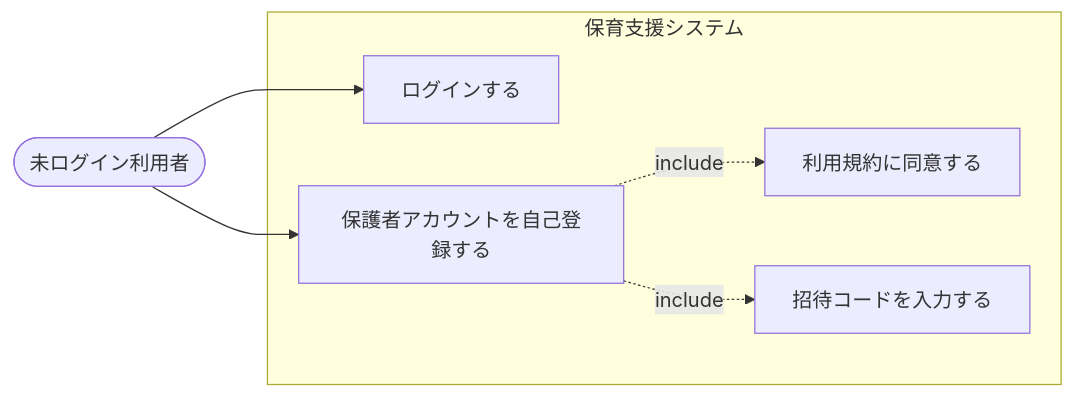
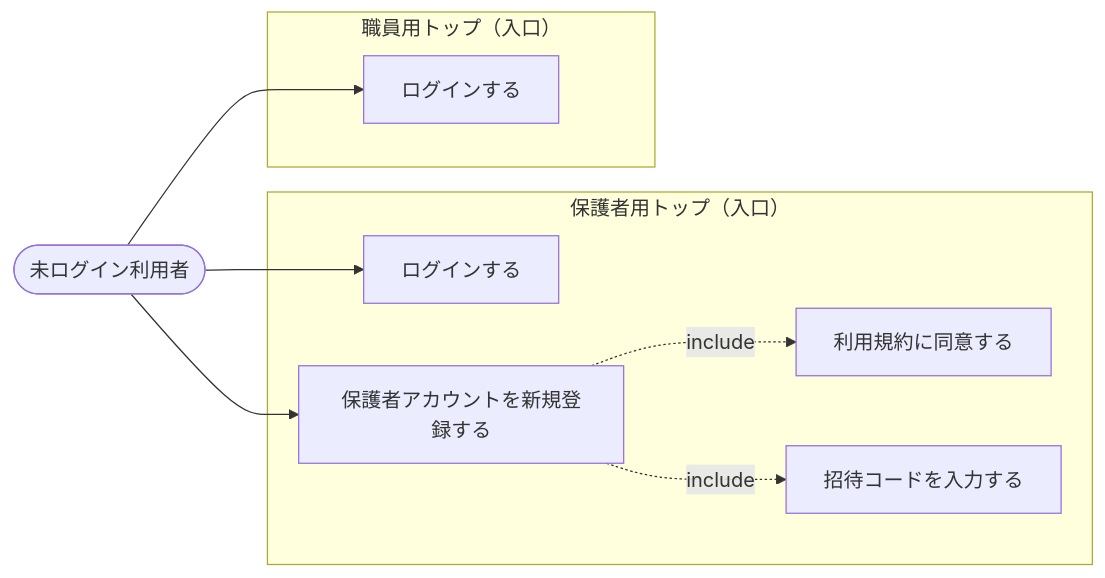
The second of 5 diagrams in 図/ユースケース図.md (issei0423/sukusuku_system), drawn with Mermaid before and after one commit. The commit also changed other lines of this file and 5 other files, not shown here.

````diff
--- a/図/ユースケース図.md
+++ b/図/ユースケース図.md
@@ -81,16 +84,21 @@
 ```mermaid
 flowchart LR
     ANON(["未ログイン利用者"])
 
-    subgraph SYS["保育支援システム"]
+    subgraph P["保護者用トップ（入口）"]
         A1["ログインする"]
-        A2["保護者アカウントを自己登録する"]
+        A2["保護者アカウントを新規登録する"]
         A3["利用規約に同意する"]
         A4["招待コードを入力する"]
     end
 
+    subgraph S["職員用トップ（入口）"]
+        B1["ログインする"]
+    end
+
     ANON --> A1
     ANON --> A2
+    ANON --> B1
     A2 -.->|include| A3
     A2 -.->|include| A4
 ```
````
